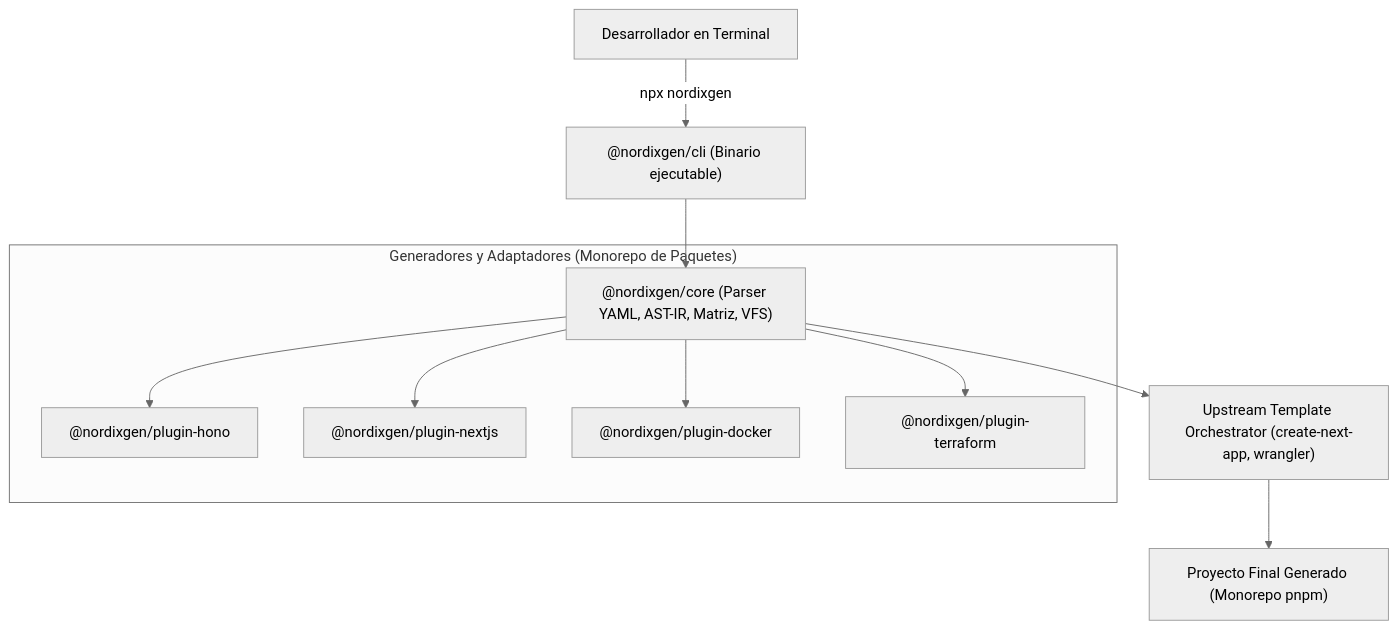
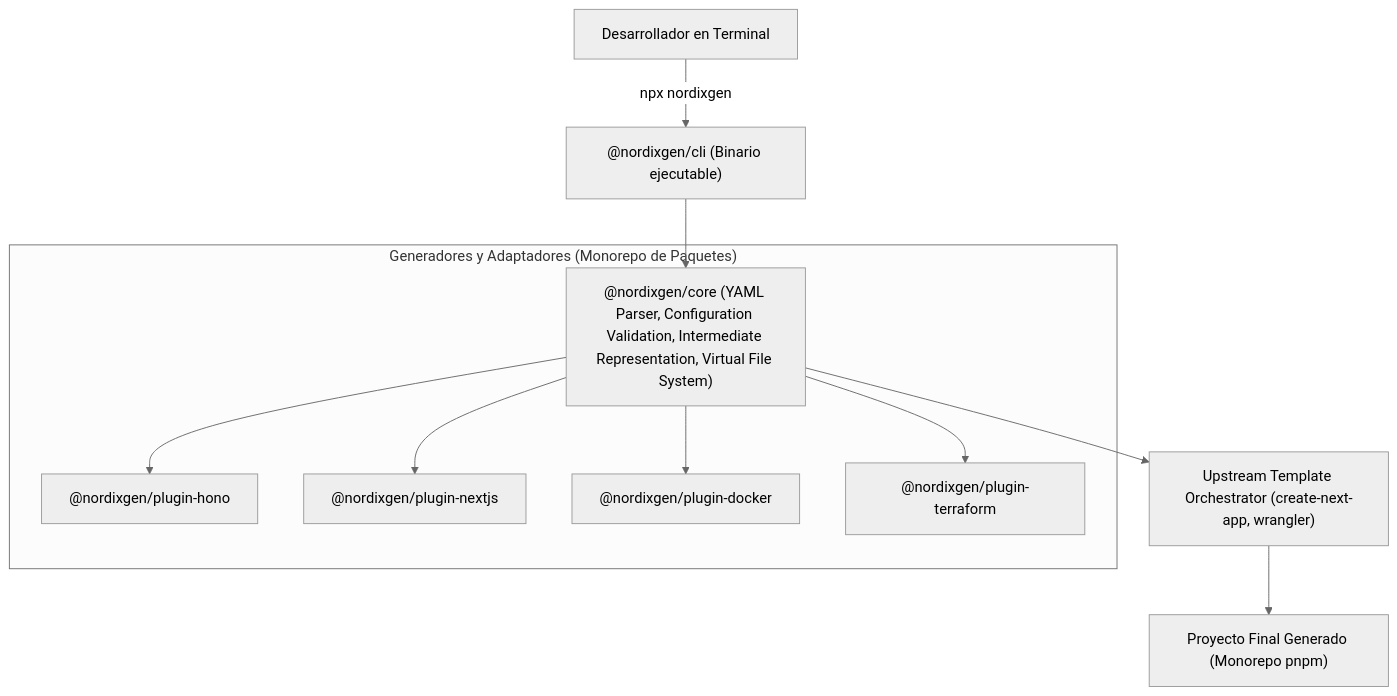
One commit to NordixTech/NordixGen changed the first of 5 diagrams in docs/SPECIFICATION.md. Above: the diagram before and after it, drawn with Mermaid (neutral theme). The commit also changed other lines of this file and 34 other files, not shown here.

Commit message:
feat(core): add validated configuration engine

````diff
--- a/docs/SPECIFICATION.md
+++ b/docs/SPECIFICATION.md
@@ -33,15 +33,15 @@
 ```mermaid
 flowchart TD
     User["Desarrollador en Terminal"] -->|npx nordixgen| CLI["@nordixgen/cli (Binario ejecutable)"]
-    CLI --> Core["@nordixgen/core (Parser YAML, AST-IR, Matriz, VFS)"]
+    CLI --> Core["@nordixgen/core (YAML Parser, Configuration Validation, Intermediate Representation, Virtual File System)"]
     
     subgraph Plugins ["Generadores y Adaptadores (Monorepo de Paquetes)"]
         Core --> PluginHono["@nordixgen/plugin-hono"]
         Core --> PluginNext["@nordixgen/plugin-nextjs"]
         Core --> PluginDocker["@nordixgen/plugin-docker"]
         Core --> PluginIaC["@nordixgen/plugin-terraform"]
     end
     
     Core --> Upstream["Upstream Template Orchestrator (create-next-app, wrangler)"]
     Upstream --> OutDir["Proyecto Final Generado (Monorepo pnpm)"]
 ```
````
